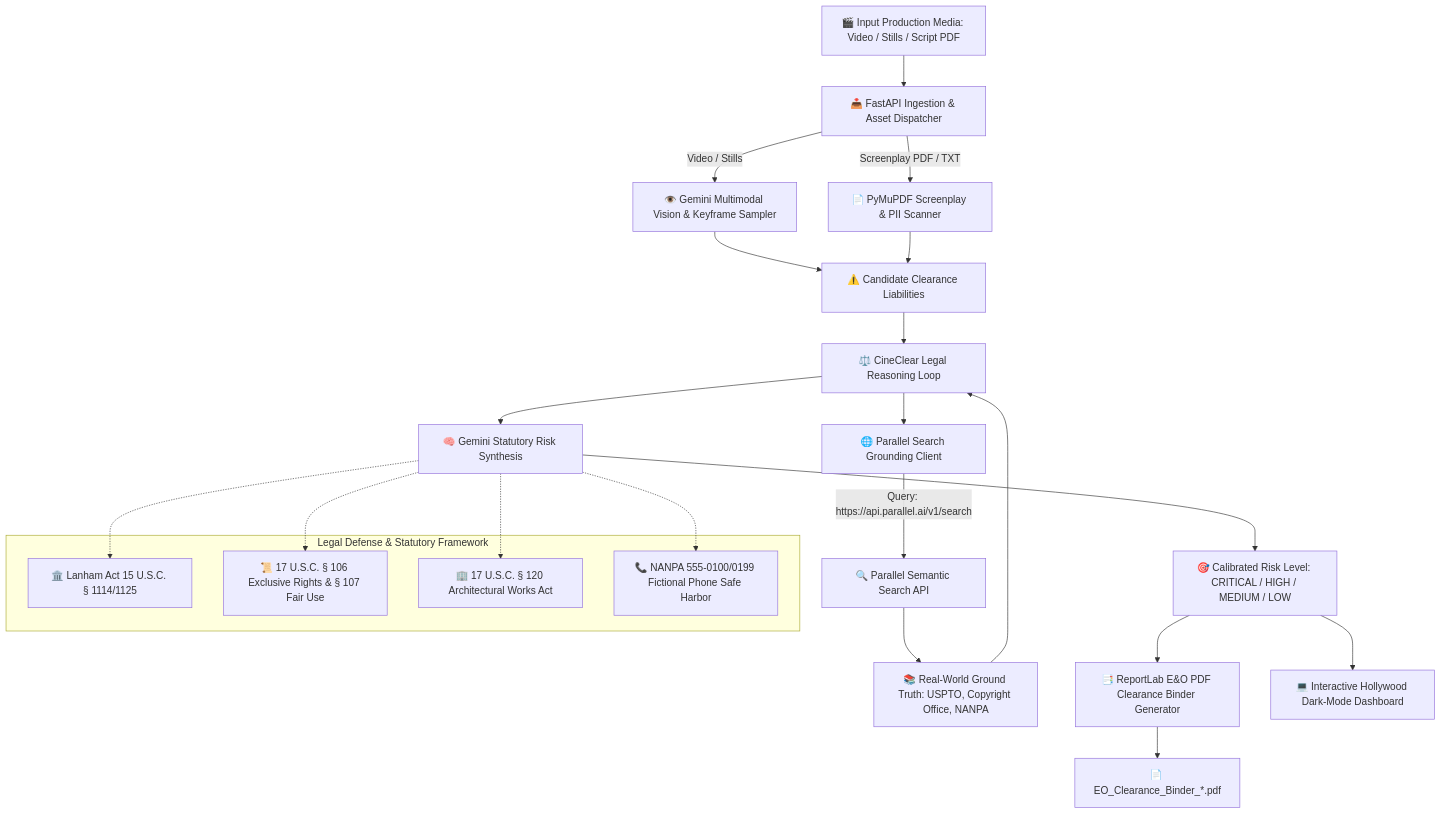
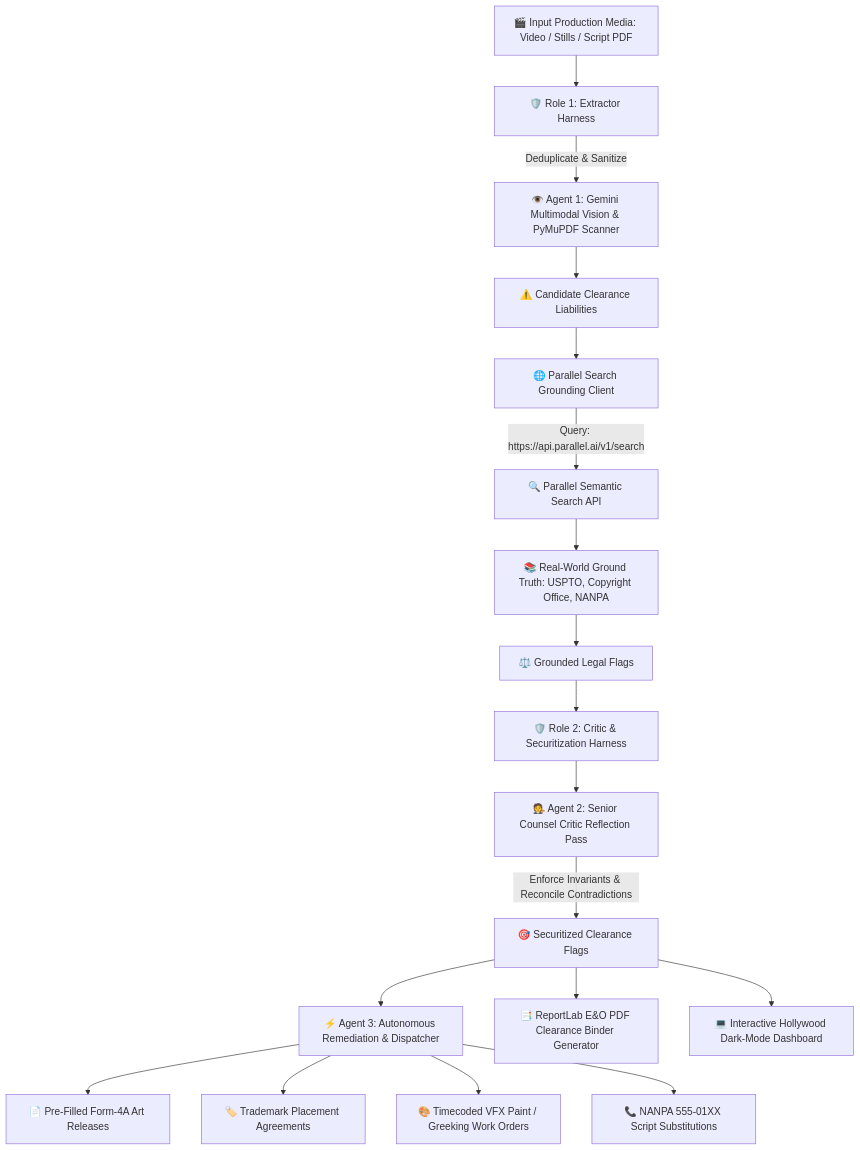
Before and after one commit to adamm285-dev/CineClear-AI: the diagram in APP_MAP.md, drawn with Mermaid. The commit also changed other lines of this file and 11 other files, not shown here.

Commit message:
feat: implement Agent 3 (RemediationAgent), remediation models, UI cards, and tests

````diff
--- a/APP_MAP.md
+++ b/APP_MAP.md
@@ -9,37 +9,26 @@
 ```mermaid
 graph TD
-    Media[🎬 Input Production Media: Video / Stills / Script PDF] --> Ingest[📥 FastAPI Ingestion & Asset Dispatcher]
+    Media[🎬 Input Production Media: Video / Stills / Script PDF] --> ExtractorHarness[🛡️ Role 1: Extractor Harness]
     
-    Ingest -->|Video / Stills| VisionAgent[👁️ Gemini Multimodal Vision & Keyframe Sampler]
-    Ingest -->|Screenplay PDF / TXT| ScriptAgent[📄 PyMuPDF Screenplay & PII Scanner]
+    ExtractorHarness -->|Deduplicate & Sanitize| VisionAgent[👁️ Agent 1: Gemini Multimodal Vision & PyMuPDF Scanner]
+    VisionAgent --> CandidateFlags[⚠️ Candidate Clearance Liabilities]
     
-    VisionAgent --> CandidateFlags[⚠️ Candidate Clearance Liabilities]
-    ScriptAgent --> CandidateFlags
-    
-    CandidateFlags --> Auditor[⚖️ CineClear Legal Reasoning Loop]
-    
-    Auditor --> ParallelClient[🌐 Parallel Search Grounding Client]
+    CandidateFlags --> ParallelClient[🌐 Parallel Search Grounding Client]
     ParallelClient -->|Query: https://api.parallel.ai/v1/search| ParallelAPI[🔍 Parallel Semantic Search API]
     ParallelAPI --> RealWorldData[📚 Real-World Ground Truth: USPTO, Copyright Office, NANPA]
-    RealWorldData --> Auditor
+    RealWorldData --> GroundedFlags[⚖️ Grounded Legal Flags]
     
-    Auditor --> GeminiLegal[🧠 Gemini Statutory Risk Synthesis]
-    GeminiLegal --> CalibratedRisk[🎯 Calibrated Risk Level: CRITICAL / HIGH / MEDIUM / LOW]
+    GroundedFlags --> CriticHarness[🛡️ Role 2: Critic & Securitization Harness]
+    CriticHarness --> CriticAgent[🧑‍⚖️ Agent 2: Senior Counsel Critic Reflection Pass]
+    CriticAgent -->|Enforce Invariants & Reconcile Contradictions| SecuritizedFlags[🎯 Securitized Clearance Flags]
     
-    CalibratedRisk --> ReportGenerator[📑 ReportLab E&O PDF Clearance Binder Generator]
-    CalibratedRisk --> StudioDashboard[💻 Interactive Hollywood Dark-Mode Dashboard]
+    SecuritizedFlags --> RemediationAgent[⚡ Agent 3: Autonomous Remediation & Dispatcher]
     
-    ReportGenerator --> PDFBinder[📄 EO_Clearance_Binder_*.pdf]
+    RemediationAgent --> Form4A[📄 Pre-Filled Form-4A Art Releases]
+    RemediationAgent --> TMReleases[🏷️ Trademark Placement Agreements]
+    RemediationAgent --> VFXOrders[🎨 Timecoded VFX Paint / Greeking Work Orders]
+    RemediationAgent --> ScriptFixes[📞 NANPA 555-01XX Script Substitutions]
     
-    subgraph "Legal Defense & Statutory Framework"
-        Lanham[🏛️ Lanham Act 15 U.S.C. § 1114/1125]
-        Title17[📜 17 U.S.C. § 106 Exclusive Rights & § 107 Fair Use]
-        AWCPA[🏢 17 U.S.C. § 120 Architectural Works Act]
-        NANPA[📞 NANPA 555-0100/0199 Fictional Phone Safe Harbor]
-    end
-    
-    GeminiLegal -.-> Lanham
-    GeminiLegal -.-> Title17
-    GeminiLegal -.-> AWCPA
-    GeminiLegal -.-> NANPA
+    SecuritizedFlags --> ReportGenerator[📑 ReportLab E&O PDF Clearance Binder Generator]
+    SecuritizedFlags --> StudioDashboard[💻 Interactive Hollywood Dark-Mode Dashboard]
 ```
````
